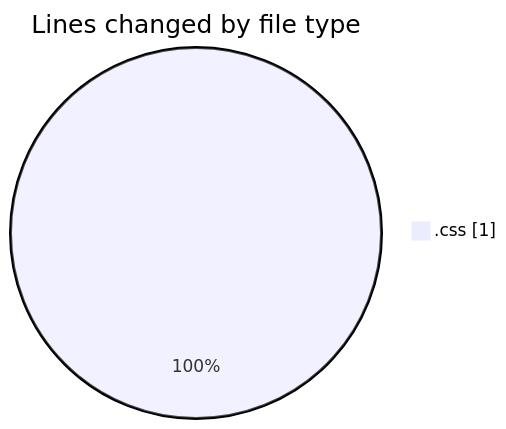
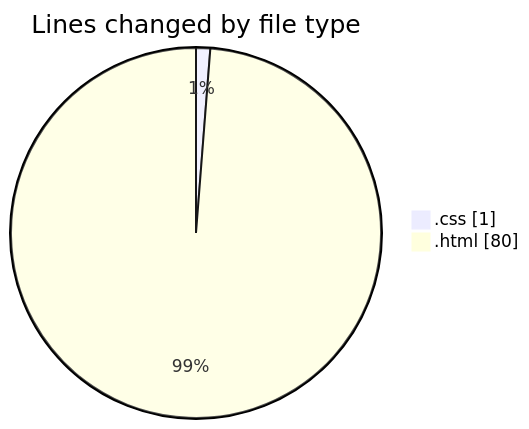
Before and after one commit to NitaiMahat/code-tracking: the first of 2 diagrams in 2025-02-04/recipe-page-main/README.md, drawn with Mermaid. The commit also changed other lines of this file and 1 other file, not shown here.

````diff
--- a/2025-02-04/recipe-page-main/README.md
+++ b/2025-02-04/recipe-page-main/README.md
@@ -20,5 +21,6 @@
 ```mermaid
 pie showData
 title Lines changed by file type
 ".css" : 1
+".html" : 80
 ```
````
